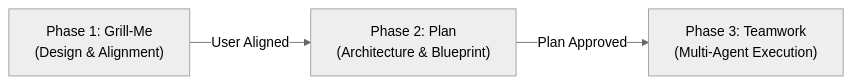
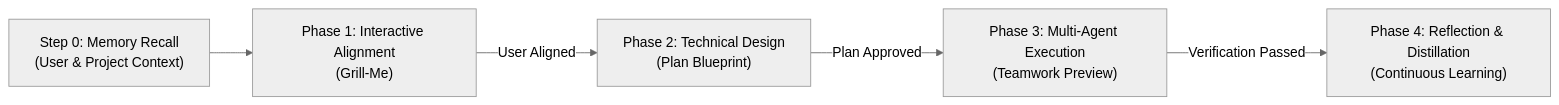
One commit to tysongoulding/grill-plan-team changed the diagram in skills/grill-plan-team/SKILL.md. Above: the diagram before and after it, drawn with Mermaid (neutral theme). The commit also changed other lines of this file and 23 other files, not shown here.

````diff
--- a/skills/grill-plan-team/SKILL.md
+++ b/skills/grill-plan-team/SKILL.md
@@ -14,5 +16,7 @@
 ```mermaid
 flowchart LR
-    A["Phase 1: Grill-Me<br/>(Design & Alignment)"] -->|"User Aligned"| B["Phase 2: Plan<br/>(Architecture & Blueprint)"]
-    B -->|"Plan Approved"| C["Phase 3: Teamwork<br/>(Multi-Agent Execution)"]
+    M["Step 0: Memory Recall<br/>(User & Project Context)"] --> A["Phase 1: Interactive Alignment<br/>(Grill-Me)"]
+    A -->|"User Aligned"| B["Phase 2: Technical Design<br/>(Plan Blueprint)"]
+    B -->|"Plan Approved"| C["Phase 3: Multi-Agent Execution<br/>(Teamwork Preview)"]
+    C -->|"Verification Passed"| D["Phase 4: Reflection & Distillation<br/>(Continuous Learning)"]
 ```
````
